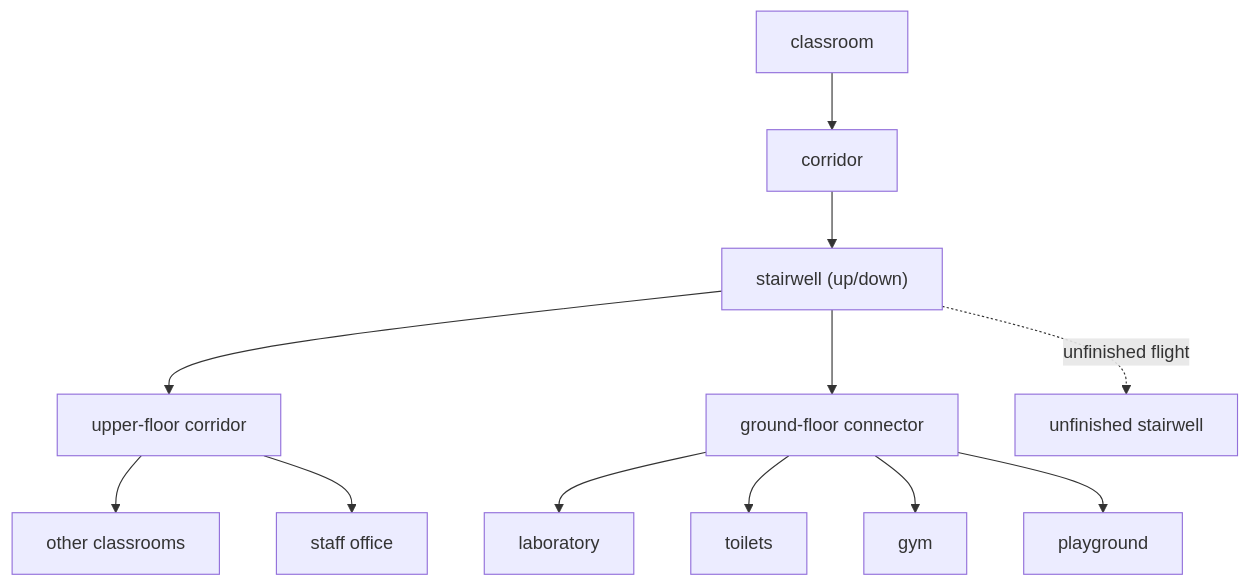
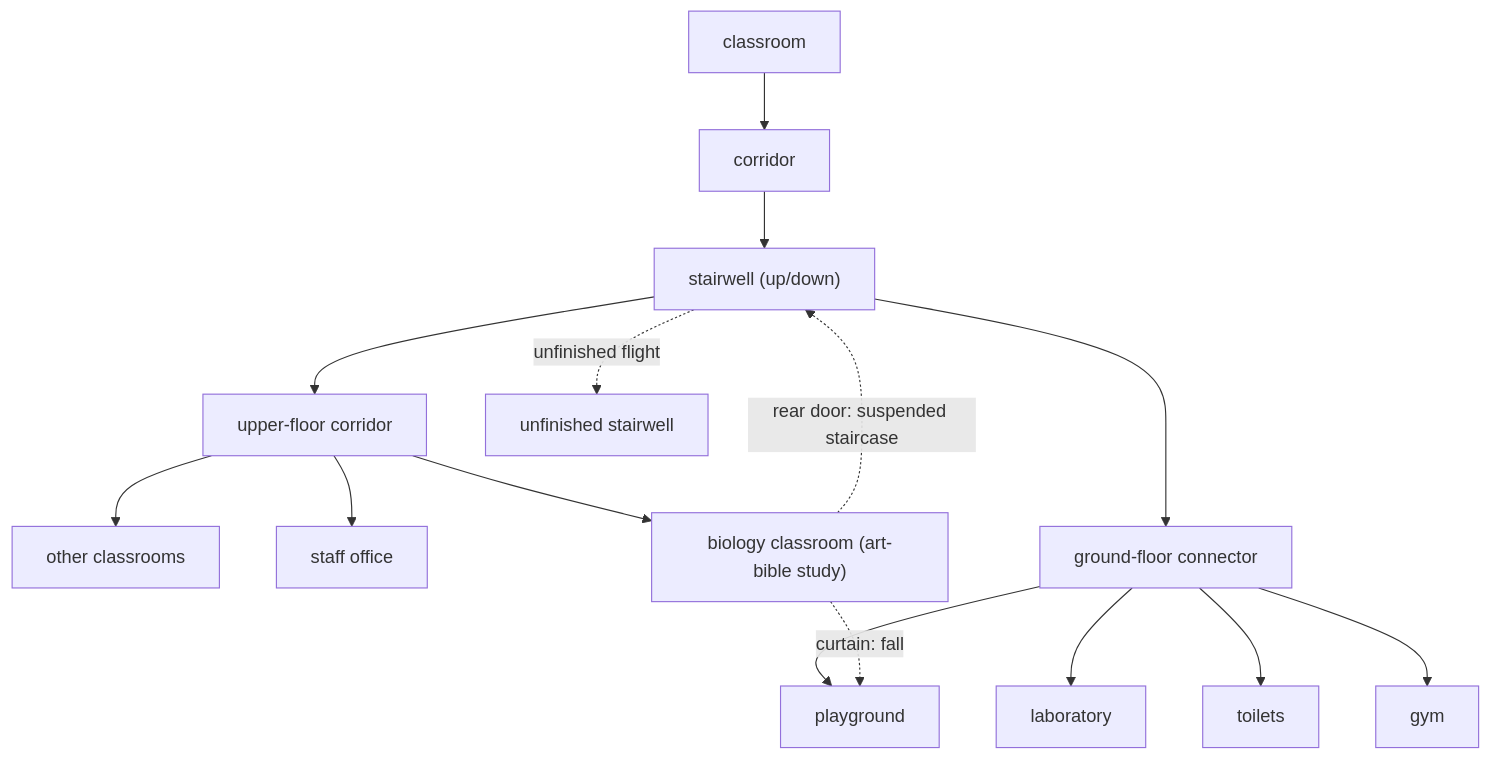
The second of 3 diagrams in docs/MAP_PLAN.md (BrainEno/where-is-school), drawn with Mermaid before and after one commit. The commit also changed other lines of this file and 1 other file, not shown here.

Commit message:
docs(map): place the art bible's location studies

````diff
--- a/docs/MAP_PLAN.md
+++ b/docs/MAP_PLAN.md
@@ -98,14 +98,17 @@
 ```mermaid
 flowchart TB
   classroom --> corridor
   corridor --> stairs["stairwell (up/down)"]
   stairs --> upper["upper-floor corridor"]
   upper --> otherclass["other classrooms"]
   upper --> office["staff office"]
   stairs --> ground["ground-floor connector"]
   ground --> lab["laboratory"]
   ground --> toilets["toilets"]
   ground --> gym["gym"]
   ground --> playground
   stairs -. "unfinished flight" .-> unfinished["unfinished stairwell"]
+  upper --> bio["biology classroom (art-bible study)"]
+  bio -. "curtain: fall" .-> playground
+  bio -. "rear door: suspended staircase" .-> stairs
 ```
````
